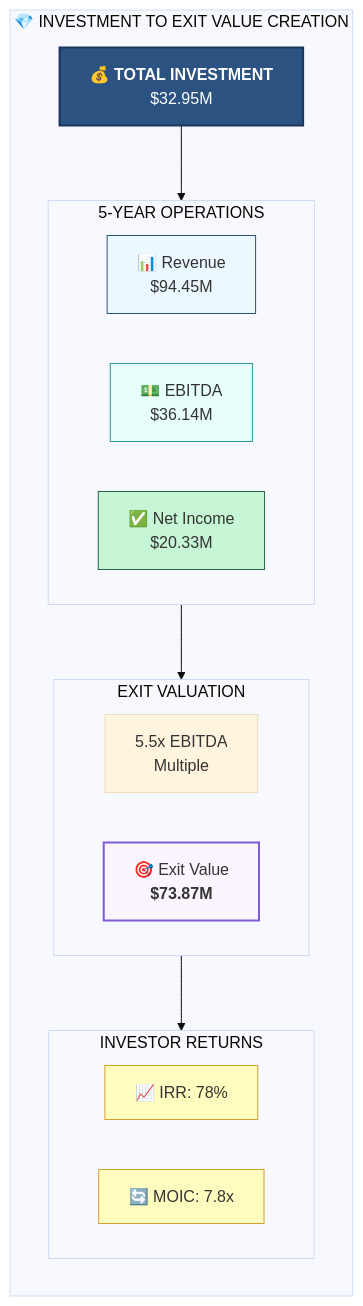
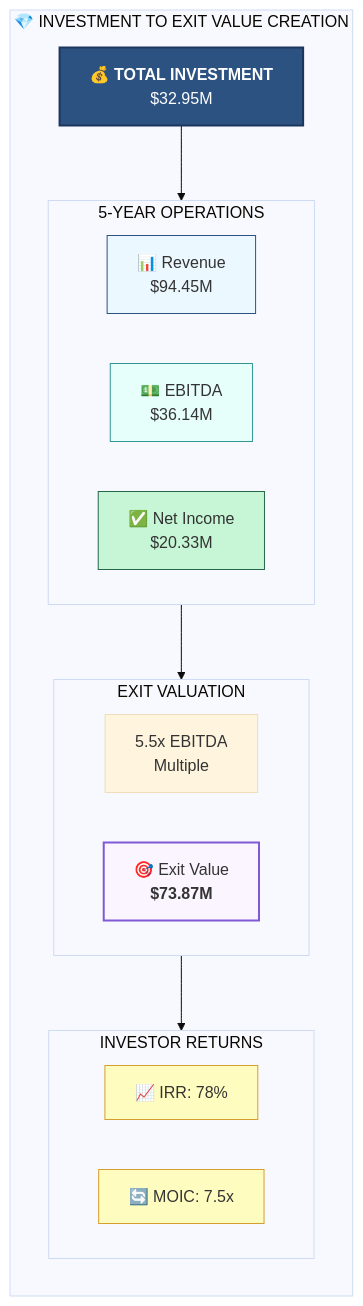
Before and after one commit to Light-Brands/epic-center: diagram 11 of 41 in docs/pitch-packet/AI_VALUATION_REPORT_VISUAL.md, drawn with Mermaid. The commit also changed other lines of this file and 33 other files, not shown here.

````diff
--- a/docs/pitch-packet/AI_VALUATION_REPORT_VISUAL.md
+++ b/docs/pitch-packet/AI_VALUATION_REPORT_VISUAL.md
@@ -489,41 +489,41 @@
 ```mermaid
 %%{init: {'theme': 'base'}}%%
 flowchart TB
     subgraph RETURNS["💎 INVESTMENT TO EXIT VALUE CREATION"]
         direction TB
 
         INV["💰 <b>TOTAL INVESTMENT</b><br/>$32.95M"]
 
         subgraph OPS["5-YEAR OPERATIONS"]
             direction LR
             REV["📊 Revenue<br/>$94.45M"]
             EBITDA["💵 EBITDA<br/>$36.14M"]
             NI["✅ Net Income<br/>$20.33M"]
         end
 
         INV --> OPS
 
         subgraph EXIT["EXIT VALUATION"]
             direction LR
             MULT["5.5x EBITDA<br/>Multiple"]
             EV["🎯 Exit Value<br/><b>$73.87M</b>"]
         end
 
         OPS --> EXIT
 
         subgraph INVESTOR["INVESTOR RETURNS"]
             IRR["📈 IRR: 78%"]
-            MOIC["🔄 MOIC: 7.8x"]
+            MOIC["🔄 MOIC: 7.5x"]
         end
 
         EXIT --> INVESTOR
     end
 
     style INV fill:#2c5282,stroke:#1a365d,stroke-width:2px,color:#fff
     style REV fill:#ebf8ff,stroke:#2c5282
     style EBITDA fill:#e6fffa,stroke:#319795
     style NI fill:#c6f6d5,stroke:#276749
     style EV fill:#faf5ff,stroke:#805ad5,stroke-width:2px
     style IRR fill:#fefcbf,stroke:#d69e2e
     style MOIC fill:#fefcbf,stroke:#d69e2e
 ```
````
